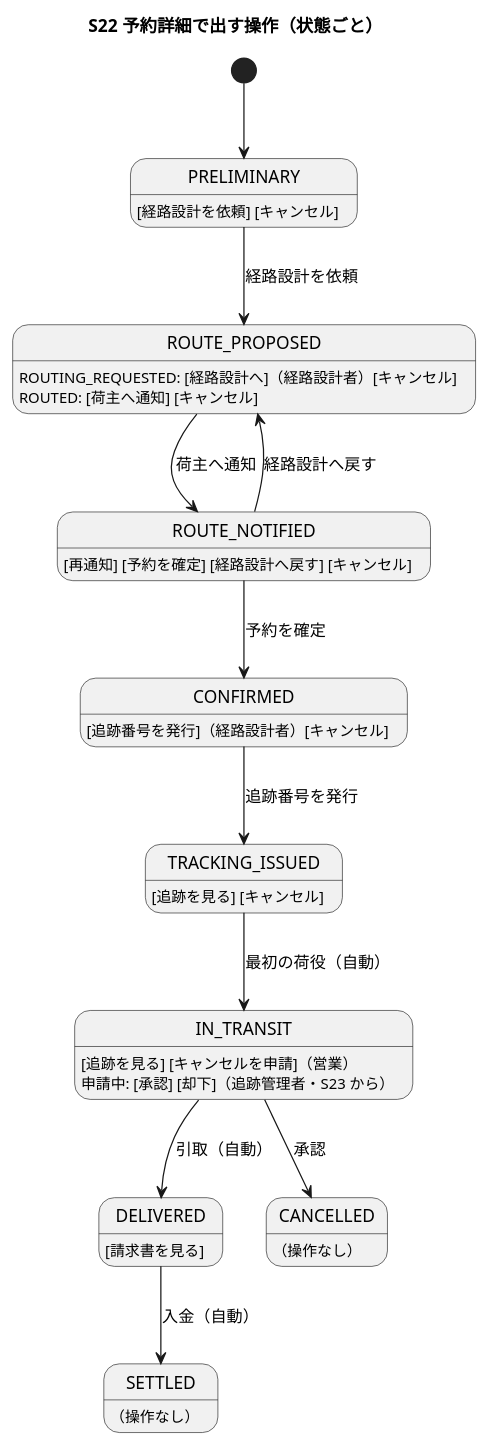
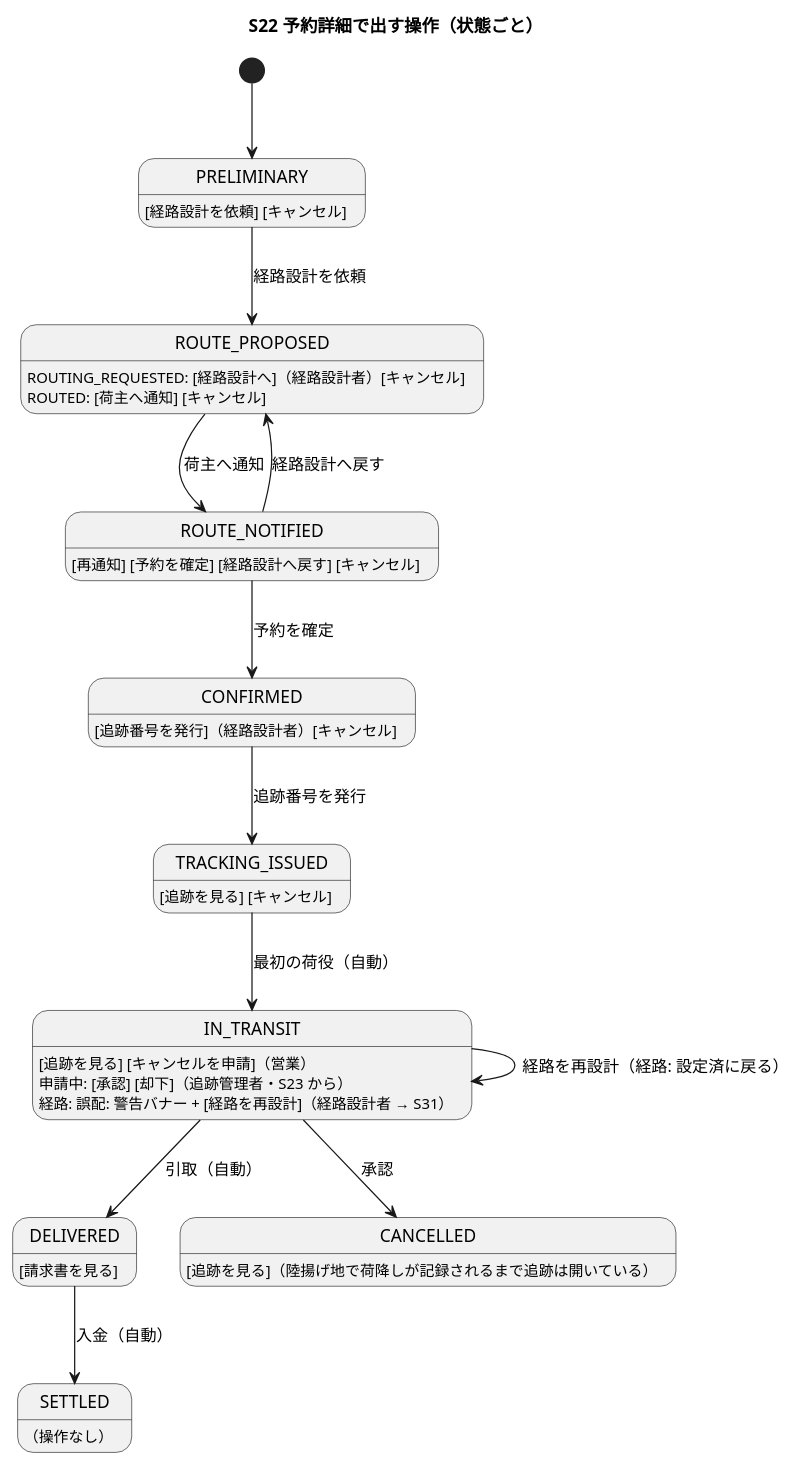
One commit to k2works/case-study-cargo-tracker changed the third of 20 diagrams in docs/design/cargo-tracker/ui_design.md. Above: the diagram before and after it, drawn with PlantUML. The commit also changed other lines of this file and 18 other files, not shown here.

````diff
--- a/docs/design/cargo-tracker/ui_design.md
+++ b/docs/design/cargo-tracker/ui_design.md
@@ -244,33 +299,35 @@
 ```plantuml
 @startuml
 title S22 予約詳細で出す操作（状態ごと）
 
 [*] --> PRELIMINARY
 PRELIMINARY : [経路設計を依頼] [キャンセル]
 PRELIMINARY --> ROUTE_PROPOSED : 経路設計を依頼
 
 ROUTE_PROPOSED : ROUTING_REQUESTED: [経路設計へ]（経路設計者）[キャンセル]
 ROUTE_PROPOSED : ROUTED: [荷主へ通知] [キャンセル]
 ROUTE_PROPOSED --> ROUTE_NOTIFIED : 荷主へ通知
 
 ROUTE_NOTIFIED : [再通知] [予約を確定] [経路設計へ戻す] [キャンセル]
 ROUTE_NOTIFIED --> CONFIRMED : 予約を確定
 ROUTE_NOTIFIED --> ROUTE_PROPOSED : 経路設計へ戻す
 
 CONFIRMED : [追跡番号を発行]（経路設計者）[キャンセル]
 CONFIRMED --> TRACKING_ISSUED : 追跡番号を発行
 
 TRACKING_ISSUED : [追跡を見る] [キャンセル]
 TRACKING_ISSUED --> IN_TRANSIT : 最初の荷役（自動）
 
 IN_TRANSIT : [追跡を見る] [キャンセルを申請]（営業）
 IN_TRANSIT : 申請中: [承認] [却下]（追跡管理者・S23 から）
+IN_TRANSIT : 経路: 誤配: 警告バナー + [経路を再設計]（経路設計者 → S31）
+IN_TRANSIT --> IN_TRANSIT : 経路を再設計（経路: 設定済に戻る）
 IN_TRANSIT --> DELIVERED : 引取（自動）
 IN_TRANSIT --> CANCELLED : 承認
 
 DELIVERED : [請求書を見る]
 DELIVERED --> SETTLED : 入金（自動）
 SETTLED : （操作なし）
-CANCELLED : （操作なし）
+CANCELLED : [追跡を見る]（陸揚げ地で荷降しが記録されるまで追跡は開いている）
 @enduml
 ```
````
